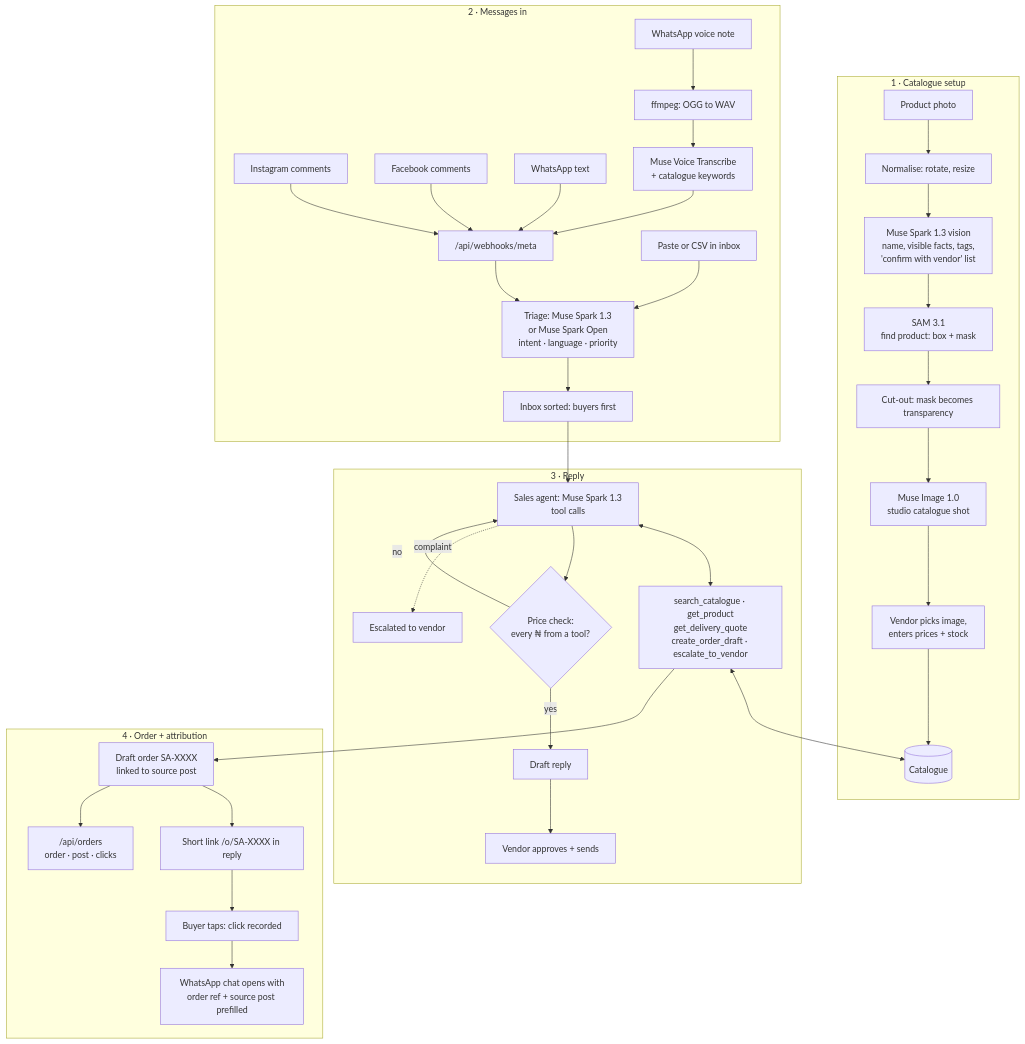
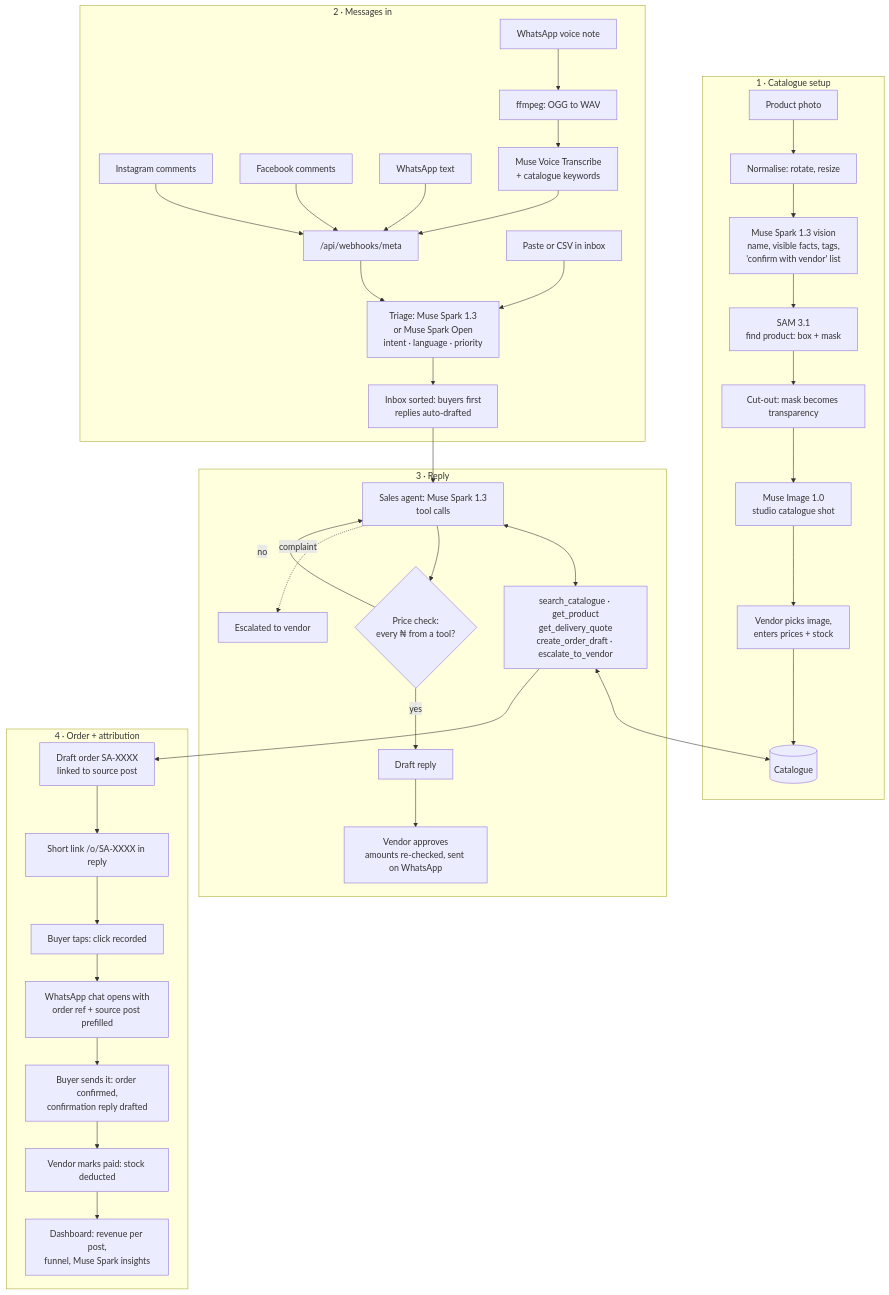
One commit to pheobeayo/sellai changed the diagram in README.md. Above: the diagram before and after it, drawn with Mermaid. The commit also changed other lines of this file and 45 other files, not shown here.

Commit message:
Database, WhatsApp order loop, dashboard

````diff
--- a/README.md
+++ b/README.md
@@ -31,43 +31,45 @@
 ```mermaid
 flowchart TD
     subgraph A["1 · Catalogue setup"]
         P[Product photo] --> N[Normalise: rotate, resize]
         N --> D["Muse Spark 1.3 vision<br/>name, visible facts, tags,<br/>'confirm with vendor' list"]
         D --> S["SAM 3.1<br/>find product: box + mask"]
         S --> C[Cut-out: mask becomes transparency]
         C --> I["Muse Image 1.0<br/>studio catalogue shot"]
         I --> V["Vendor picks image,<br/>enters prices + stock"]
         V --> CAT[(Catalogue)]
     end
 
     subgraph B["2 · Messages in"]
         IG[Instagram comments] --> WH["/api/webhooks/meta"]
         FB[Facebook comments] --> WH
         WAT[WhatsApp text] --> WH
         WAV[WhatsApp voice note] --> FF[ffmpeg: OGG to WAV]
         FF --> TR["Muse Voice Transcribe<br/>+ catalogue keywords"]
         TR --> WH
         PASTE[Paste or CSV in inbox] --> T
         WH --> T["Triage: Muse Spark 1.3<br/>or Muse Spark Open<br/>intent · language · priority"]
-        T --> INBOX[Inbox sorted: buyers first]
+        T --> INBOX["Inbox sorted: buyers first<br/>replies auto-drafted"]
     end
 
     subgraph R["3 · Reply"]
         INBOX --> AG["Sales agent: Muse Spark 1.3<br/>tool calls"]
         AG <--> TOOLS["search_catalogue · get_product<br/>get_delivery_quote<br/>create_order_draft · escalate_to_vendor"]
         TOOLS <--> CAT
         AG --> G{"Price check:<br/>every ₦ from a tool?"}
         G -- no --> AG
         G -- yes --> DR[Draft reply]
-        DR --> AP[Vendor approves + sends]
+        DR --> AP["Vendor approves<br/>amounts re-checked, sent on WhatsApp"]
         AG -. complaint .-> ESC[Escalated to vendor]
     end
 
     subgraph O["4 · Order + attribution"]
         TOOLS --> ORD["Draft order SA-XXXX<br/>linked to source post"]
         ORD --> LNK["Short link /o/SA-XXXX in reply"]
         LNK --> CLK[Buyer taps: click recorded]
         CLK --> WA["WhatsApp chat opens with<br/>order ref + source post prefilled"]
-        ORD --> API["/api/orders<br/>order · post · clicks"]
+        WA --> CONF["Buyer sends it: order confirmed,<br/>confirmation reply drafted"]
+        CONF --> PAID[Vendor marks paid: stock deducted]
+        PAID --> DASH["Dashboard: revenue per post,<br/>funnel, Muse Spark insights"]
     end
 ```
````
